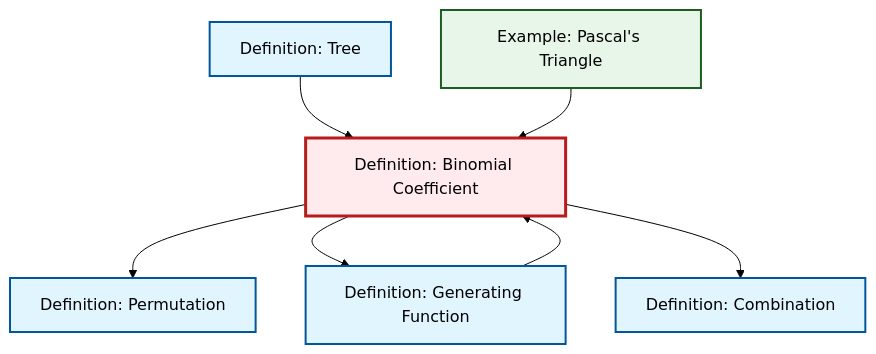
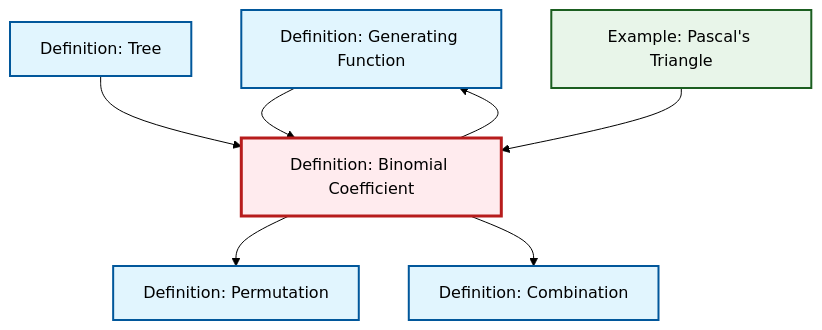
The diagram in content/en/combinatorics/def-binomial-coefficient.qmd (RK0429/ModernMath), drawn with Mermaid (forest theme) before and after one commit. The commit also changed other lines of this file and 581 other files, not shown here.

````diff
--- a/content/en/combinatorics/def-binomial-coefficient.qmd
+++ b/content/en/combinatorics/def-binomial-coefficient.qmd
@@ -66,27 +66,27 @@
 ```{mermaid}
 %%| fig-cap: "Local dependency graph"
 graph TD
     classDef definition fill:#e1f5fe,stroke:#01579b,stroke-width:2px
     classDef theorem fill:#f3e5f5,stroke:#4a148c,stroke-width:2px
     classDef axiom fill:#fff3e0,stroke:#e65100,stroke-width:2px
     classDef example fill:#e8f5e9,stroke:#1b5e20,stroke-width:2px
     classDef current fill:#ffebee,stroke:#b71c1c,stroke-width:3px
+    def-generating-function["Definition: Generating Function"]:::definition
+    def-combination["Definition: Combination"]:::definition
     def-tree["Definition: Tree"]:::definition
     def-binomial-coefficient["Definition: Binomial Coefficient"]:::definition
-    def-generating-function["Definition: Generating Function"]:::definition
-    def-combination["Definition: Combination"]:::definition
+    ex-pascals-triangle["Example: Pascal's Triangle"]:::example
     def-permutation["Definition: Permutation"]:::definition
-    ex-pascals-triangle["Example: Pascal's Triangle"]:::example
+    def-generating-function --> def-binomial-coefficient
     def-binomial-coefficient --> def-permutation
+    def-binomial-coefficient --> def-generating-function
+    def-binomial-coefficient --> def-combination
     def-tree --> def-binomial-coefficient
-    def-generating-function --> def-binomial-coefficient
-    def-binomial-coefficient --> def-generating-function
     ex-pascals-triangle --> def-binomial-coefficient
-    def-binomial-coefficient --> def-combination
     class def-binomial-coefficient current
-    click def-tree "def-tree.html" "Go to Tree definition"
     click def-generating-function "def-generating-function.html" "Go to Generating Function definition"
     click def-combination "def-combination.html" "Go to Combination definition"
+    click def-tree "def-tree.html" "Go to Tree definition"
+    click ex-pascals-triangle "ex-pascals-triangle.html" "Go to Pascal's Triangle example"
     click def-permutation "def-permutation.html" "Go to Permutation definition"
-    click ex-pascals-triangle "ex-pascals-triangle.html" "Go to Pascal's Triangle example"
 ```
````
